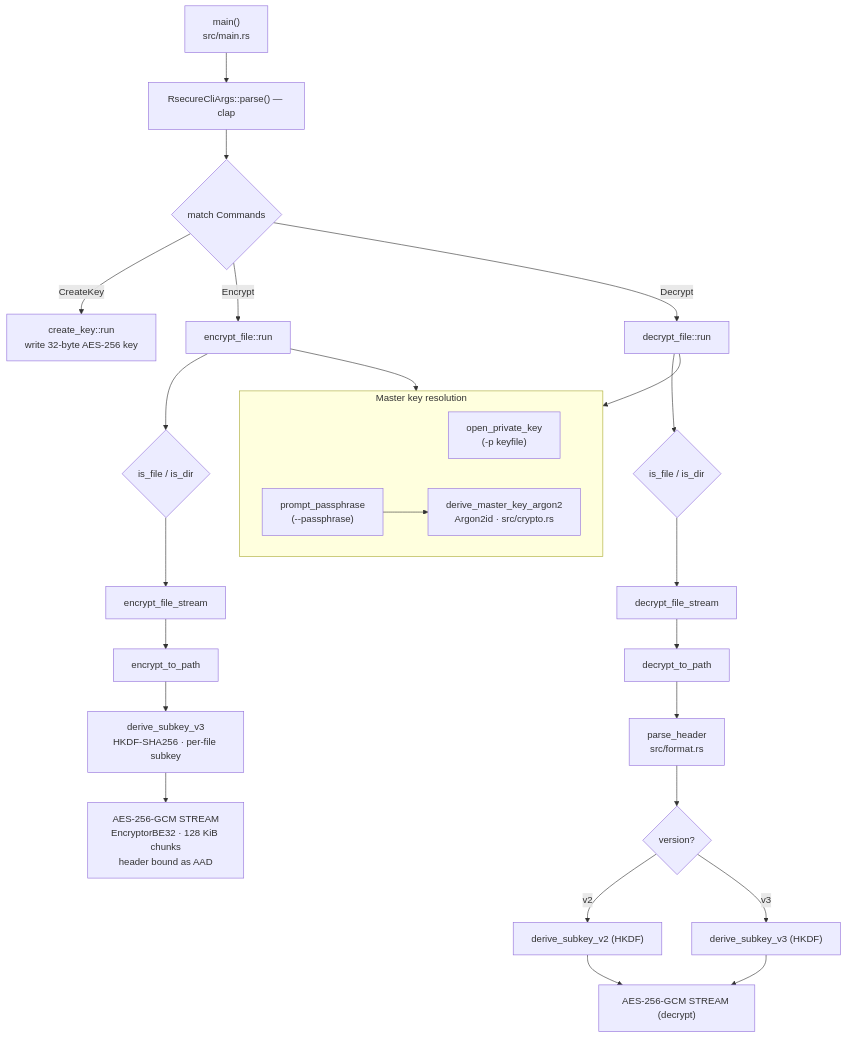
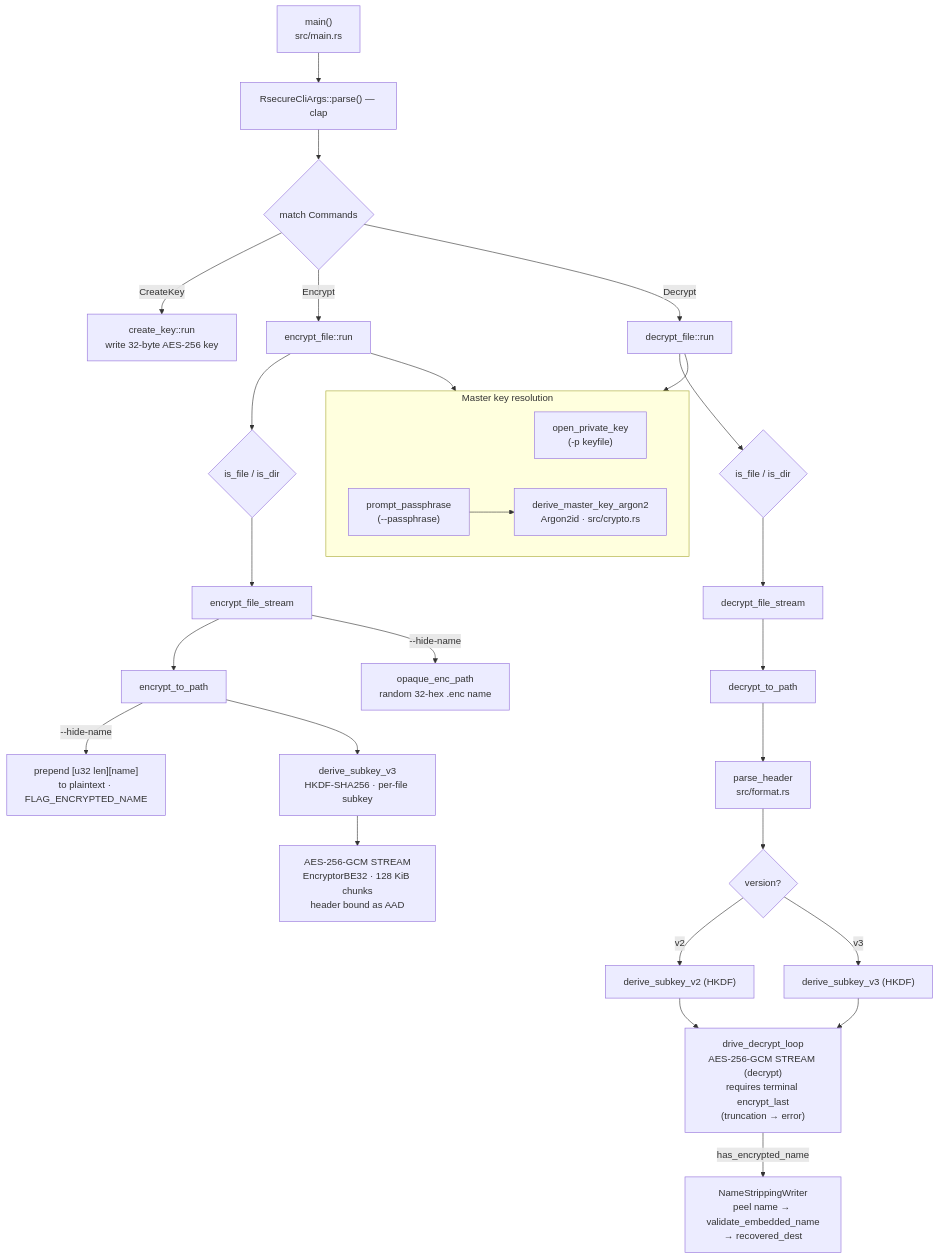
The first of 2 diagrams in docs/architecture.md (containerscrew/rsecure), drawn with Mermaid before and after one commit. The commit also changed other lines of this file and 8 other files, not shown here.

Commit message:
feat(encrypt): add --hide-name to encrypt the original filename and write opaque .enc names

````diff
--- a/docs/architecture.md
+++ b/docs/architecture.md
@@ -16,36 +16,41 @@
 ```mermaid
 flowchart TD
     main["main()<br/>src/main.rs"] --> parse["RsecureCliArgs::parse() — clap"]
     parse --> cmd{"match Commands"}
 
     cmd -->|CreateKey| ck["create_key::run<br/>write 32-byte AES-256 key"]
     cmd -->|Encrypt| enc["encrypt_file::run"]
     cmd -->|Decrypt| dec["decrypt_file::run"]
 
     %% --- master key resolution (shared) ---
     subgraph KEY["Master key resolution"]
       opk["open_private_key<br/>(-p keyfile)"]
       pp["prompt_passphrase<br/>(--passphrase)"] --> argon["derive_master_key_argon2<br/>Argon2id · src/crypto.rs"]
     end
     enc --> KEY
     dec --> KEY
 
     %% --- file / directory fan-out (rayon) ---
     enc --> fe{"is_file / is_dir"}
     dec --> fd{"is_file / is_dir"}
     fe --> encs["encrypt_file_stream"] --> etp["encrypt_to_path"]
     fd --> decs["decrypt_file_stream"] --> dtp["decrypt_to_path"]
 
+    %% --- --hide-name output naming (encrypt) ---
+    encs -->|--hide-name| opq["opaque_enc_path<br/>random 32-hex .enc name"]
+
     %% --- decrypt: read header, pick subkey version ---
     dtp --> ph["parse_header<br/>src/format.rs"] --> ver{"version?"}
     ver -->|v2| dv2["derive_subkey_v2 (HKDF)"]
     ver -->|v3| dv3["derive_subkey_v3 (HKDF)"]
 
     %% --- encrypt: always v3 ---
+    etp -->|--hide-name| np["prepend [u32 len][name]<br/>to plaintext · FLAG_ENCRYPTED_NAME"]
     etp --> dv3e["derive_subkey_v3<br/>HKDF-SHA256 · per-file subkey"]
 
     %% --- AES-GCM STREAM core ---
     dv3e --> gcmE["AES-256-GCM STREAM<br/>EncryptorBE32 · 128 KiB chunks<br/>header bound as AAD"]
-    dv2 --> gcmD["AES-256-GCM STREAM (decrypt)"]
+    dv2 --> gcmD["drive_decrypt_loop<br/>AES-256-GCM STREAM (decrypt)<br/>requires terminal encrypt_last<br/>(truncation → error)"]
     dv3 --> gcmD
+    gcmD -->|has_encrypted_name| nsw["NameStrippingWriter<br/>peel name → validate_embedded_name<br/>→ recovered_dest"]
 ```
````
